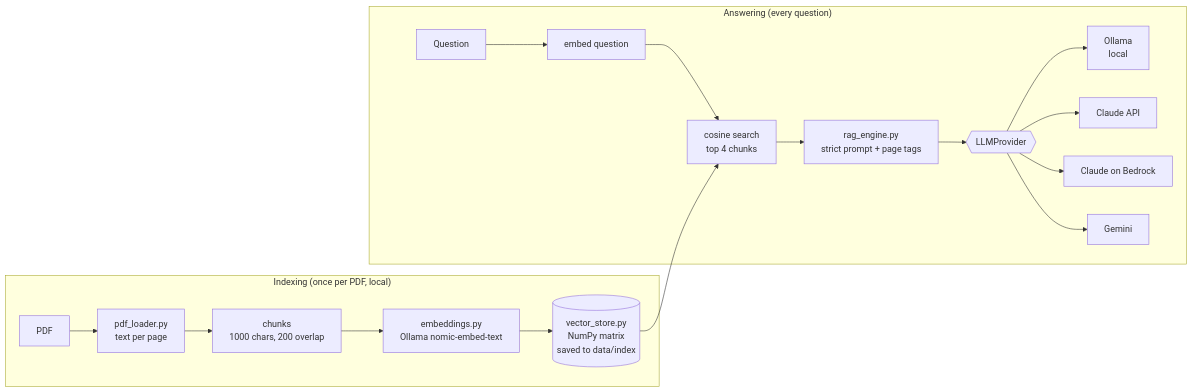
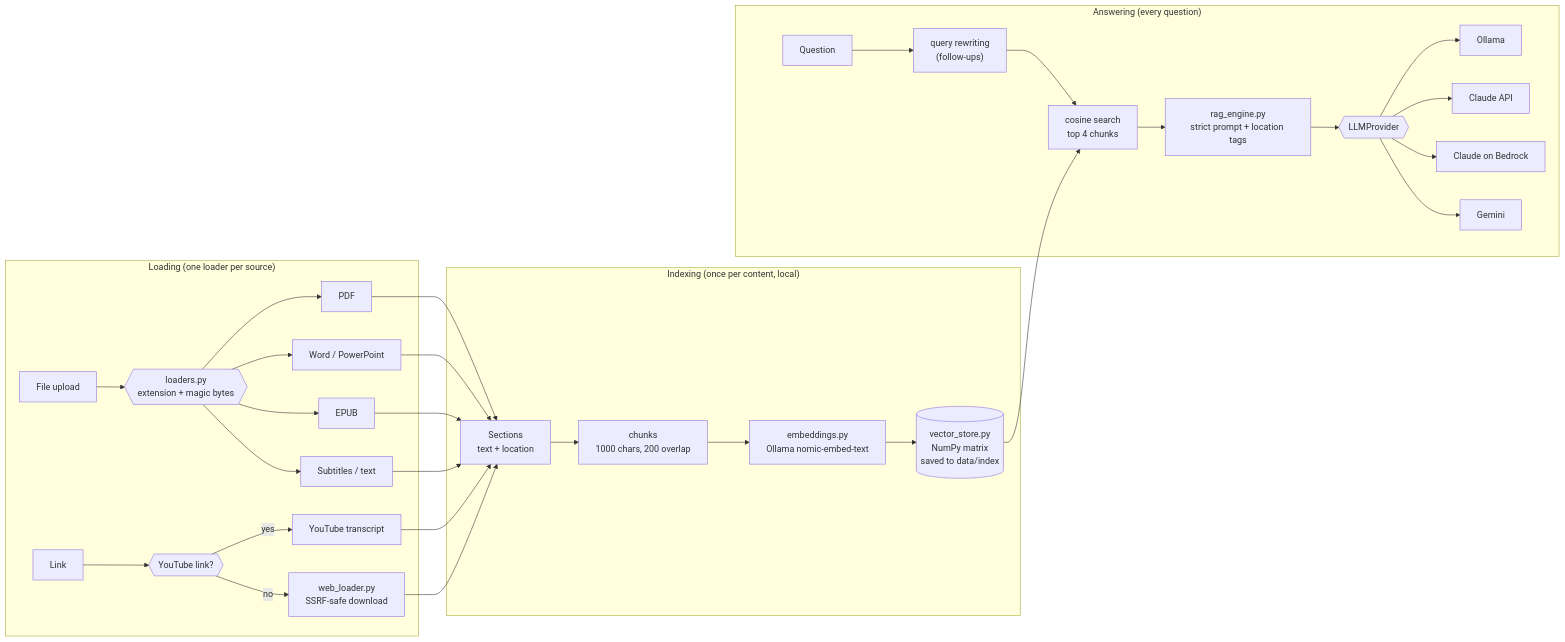
One commit to Liviu1342/hybrid-rag-pdf-chat changed the diagram in README.md. Above: the diagram before and after it, drawn with Mermaid. The commit also changed other lines of this file, not shown here.

Commit message:
docs: README for multi-source RAG

````diff
--- a/README.md
+++ b/README.md
@@ -22,20 +39,30 @@
 ```mermaid
 flowchart LR
-    subgraph Indexing["Indexing (once per PDF, local)"]
-        PDF["PDF"] --> L["pdf_loader.py<br/>text per page"]
-        L --> C["chunks<br/>1000 chars, 200 overlap"]
+    subgraph Loading["Loading (one loader per source)"]
+        F["File upload"] --> D{{"loaders.py<br/>extension + magic bytes"}}
+        D --> PDF["PDF"]
+        D --> OFF["Word / PowerPoint"]
+        D --> EP["EPUB"]
+        D --> SUB["Subtitles / text"]
+        U["Link"] --> Y{{"YouTube link?"}}
+        Y -->|yes| YT["YouTube transcript"]
+        Y -->|no| W["web_loader.py<br/>SSRF-safe download"]
+    end
+    subgraph Indexing["Indexing (once per content, local)"]
+        S["Sections<br/>text + location"] --> C["chunks<br/>1000 chars, 200 overlap"]
         C --> E["embeddings.py<br/>Ollama nomic-embed-text"]
         E --> V[("vector_store.py<br/>NumPy matrix<br/>saved to data/index")]
     end
     subgraph Answering["Answering (every question)"]
-        Q["Question"] --> QE["embed question"]
-        QE --> S["cosine search<br/>top 4 chunks"]
-        V --> S
-        S --> R["rag_engine.py<br/>strict prompt + page tags"]
+        Q["Question"] --> RW["query rewriting<br/>(follow-ups)"]
+        RW --> SE["cosine search<br/>top 4 chunks"]
+        V --> SE
+        SE --> R["rag_engine.py<br/>strict prompt + location tags"]
         R --> P{{"LLMProvider"}}
-        P --> O["Ollama<br/>local"]
+        P --> O["Ollama"]
         P --> A["Claude API"]
         P --> B["Claude on Bedrock"]
         P --> G["Gemini"]
     end
+    PDF & OFF & EP & SUB & YT & W --> S
 ```
````
